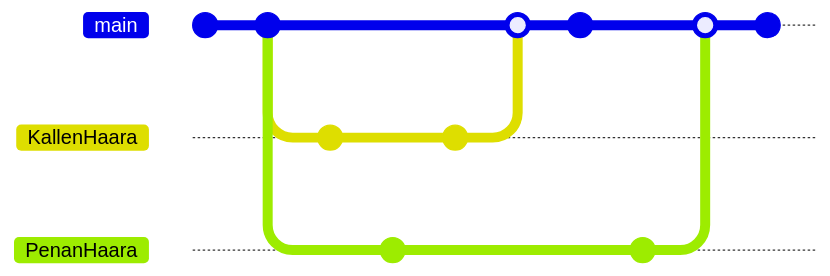
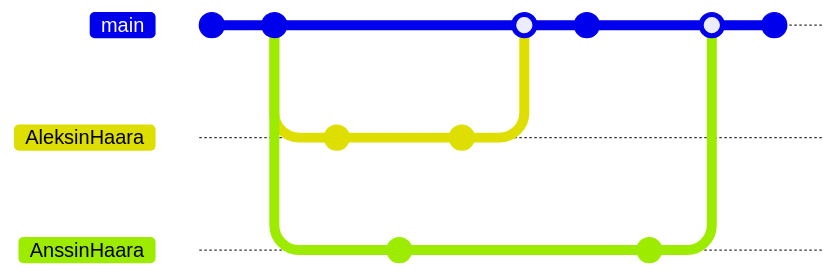
The second of 2 diagrams in README.md (ship-it-580/GitandGithub), drawn with Mermaid before and after one commit. The commit also changed other lines of this file, not shown here. Commit ids are hidden.

````diff
--- a/README.md
+++ b/README.md
@@ -37,21 +38,21 @@
 ```mermaid
 gitGraph
   commit
   commit
-  branch KallenHaara
-  checkout KallenHaara
+  branch AleksinHaara
+  checkout AleksinHaara
   commit
   checkout main
-  branch PenanHaara
+  branch AnssinHaara
   commit
-  checkout KallenHaara
+  checkout AleksinHaara
   commit
   checkout main
-  merge KallenHaara
+  merge AleksinHaara
   commit
-  checkout PenanHaara
+  checkout AnssinHaara
   commit
   checkout main
-  merge PenanHaara
+  merge AnssinHaara
   commit
 ```
````
